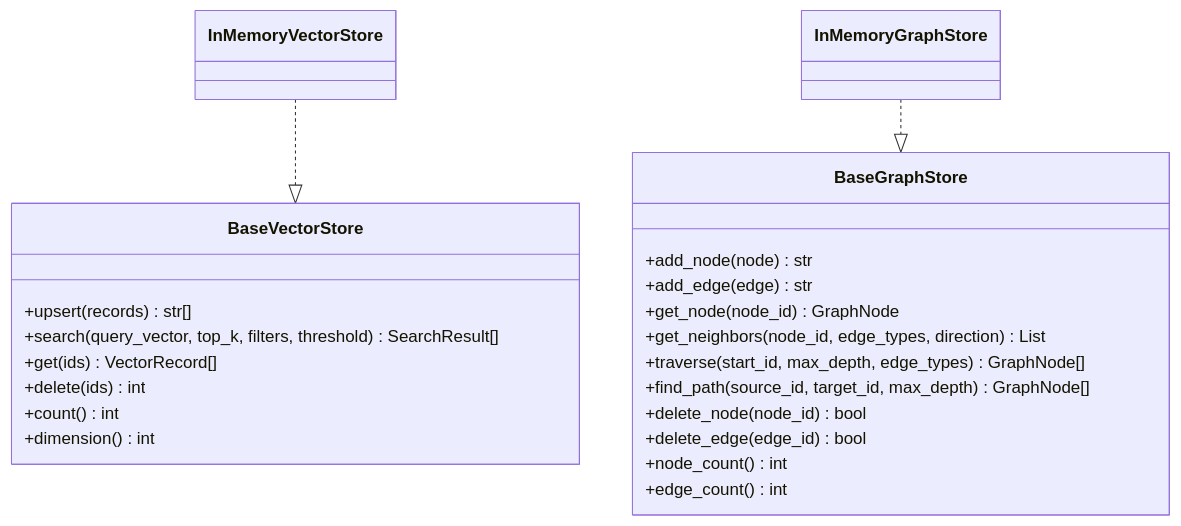
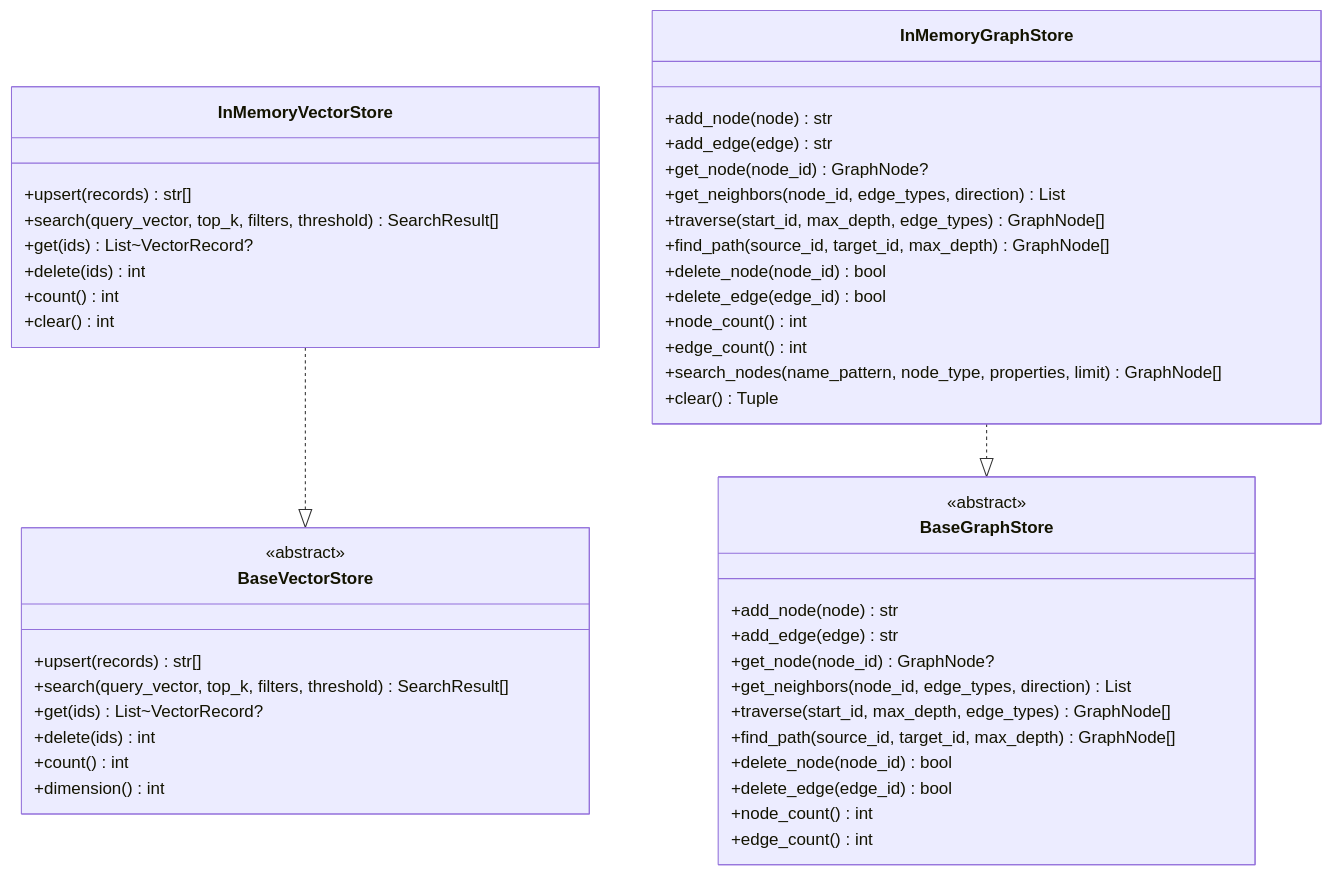
One commit to JieGaoPrinceton/NecoRAG changed the ninth of 10 diagrams in .qoder/repowiki/zh/content/记忆管理层/记忆管理层.md. Above: the diagram before and after it, drawn with Mermaid. The commit also changed other lines of this file and 181 other files, not shown here.

````diff
--- a/.qoder/repowiki/zh/content/记忆管理层/记忆管理层.md
+++ b/.qoder/repowiki/zh/content/记忆管理层/记忆管理层.md
@@ -209,27 +327,49 @@
 ```mermaid
 classDiagram
 class BaseVectorStore {
+<<abstract>>
 +upsert(records) str[]
 +search(query_vector, top_k, filters, threshold) SearchResult[]
-+get(ids) VectorRecord[]
++get(ids) List~VectorRecord?
 +delete(ids) int
 +count() int
 +dimension() int
 }
 class BaseGraphStore {
+<<abstract>>
 +add_node(node) str
 +add_edge(edge) str
-+get_node(node_id) GraphNode
++get_node(node_id) GraphNode?
 +get_neighbors(node_id, edge_types, direction) List
 +traverse(start_id, max_depth, edge_types) GraphNode[]
 +find_path(source_id, target_id, max_depth) GraphNode[]
 +delete_node(node_id) bool
 +delete_edge(edge_id) bool
 +node_count() int
 +edge_count() int
 }
-class InMemoryVectorStore
-class InMemoryGraphStore
+class InMemoryVectorStore {
++upsert(records) str[]
++search(query_vector, top_k, filters, threshold) SearchResult[]
++get(ids) List~VectorRecord?
++delete(ids) int
++count() int
++clear() int
+}
+class InMemoryGraphStore {
++add_node(node) str
++add_edge(edge) str
++get_node(node_id) GraphNode?
++get_neighbors(node_id, edge_types, direction) List
++traverse(start_id, max_depth, edge_types) GraphNode[]
++find_path(source_id, target_id, max_depth) GraphNode[]
++delete_node(node_id) bool
++delete_edge(edge_id) bool
++node_count() int
++edge_count() int
++search_nodes(name_pattern, node_type, properties, limit) GraphNode[]
++clear() Tuple
+}
 InMemoryVectorStore ..|> BaseVectorStore
 InMemoryGraphStore ..|> BaseGraphStore
 ```
````
